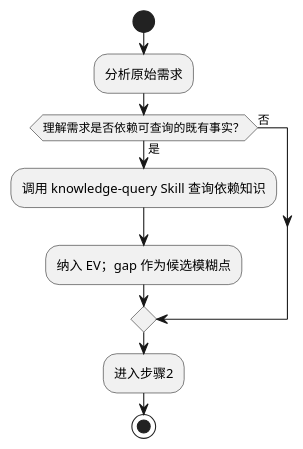
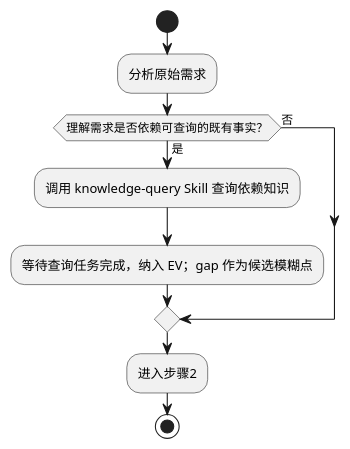
One commit to X1aoboo/scc-dev-sphere changed the first of 3 diagrams in skills/feature-clarify/SKILL.md. Above: the diagram before and after it, drawn with PlantUML.

Commit message:
docs(clarify): require waiting for knowledge query

````diff
--- a/skills/feature-clarify/SKILL.md
+++ b/skills/feature-clarify/SKILL.md
@@ -28,13 +28,13 @@
 ```plantuml
 @startuml
 start
 :分析原始需求;
 if (理解需求是否依赖可查询的既有事实？) then (是)
   :调用 knowledge-query Skill 查询依赖知识;
-  :纳入 EV；gap 作为候选模糊点;
+  :等待查询任务完成，纳入 EV；gap 作为候选模糊点;
 else (否)
 endif
 :进入步骤2;
 stop
 @enduml
 ```
````
